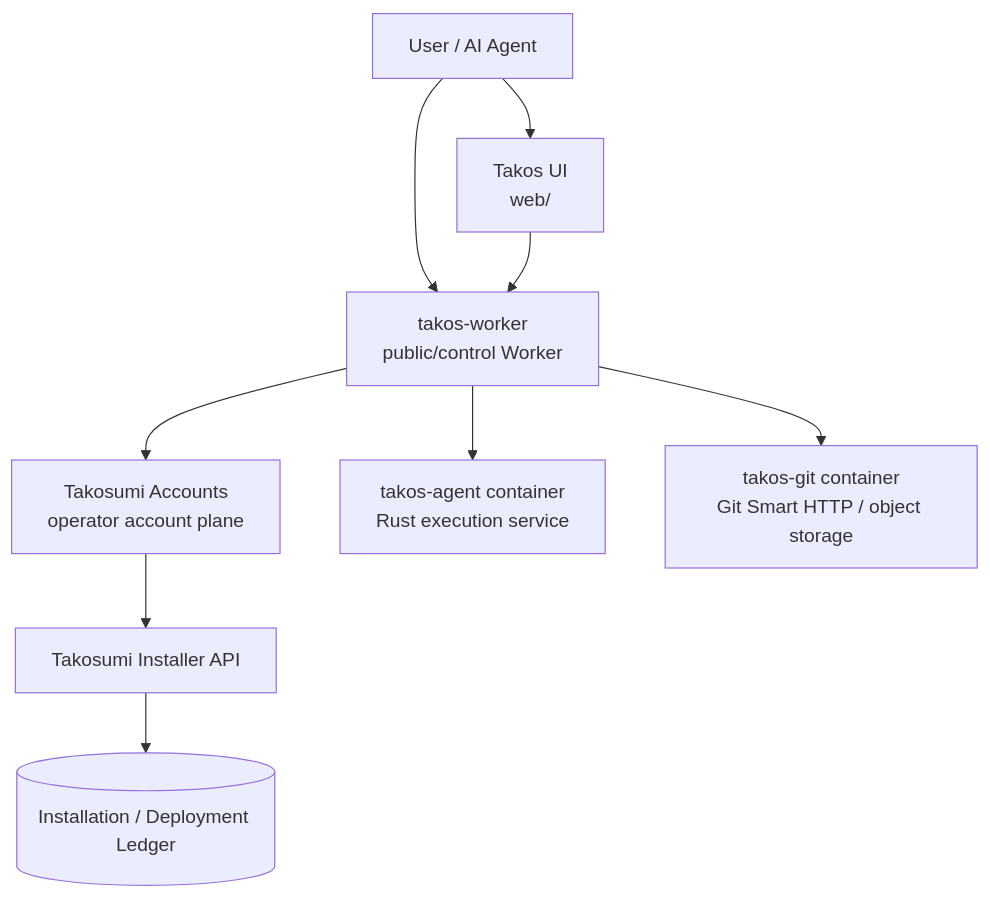
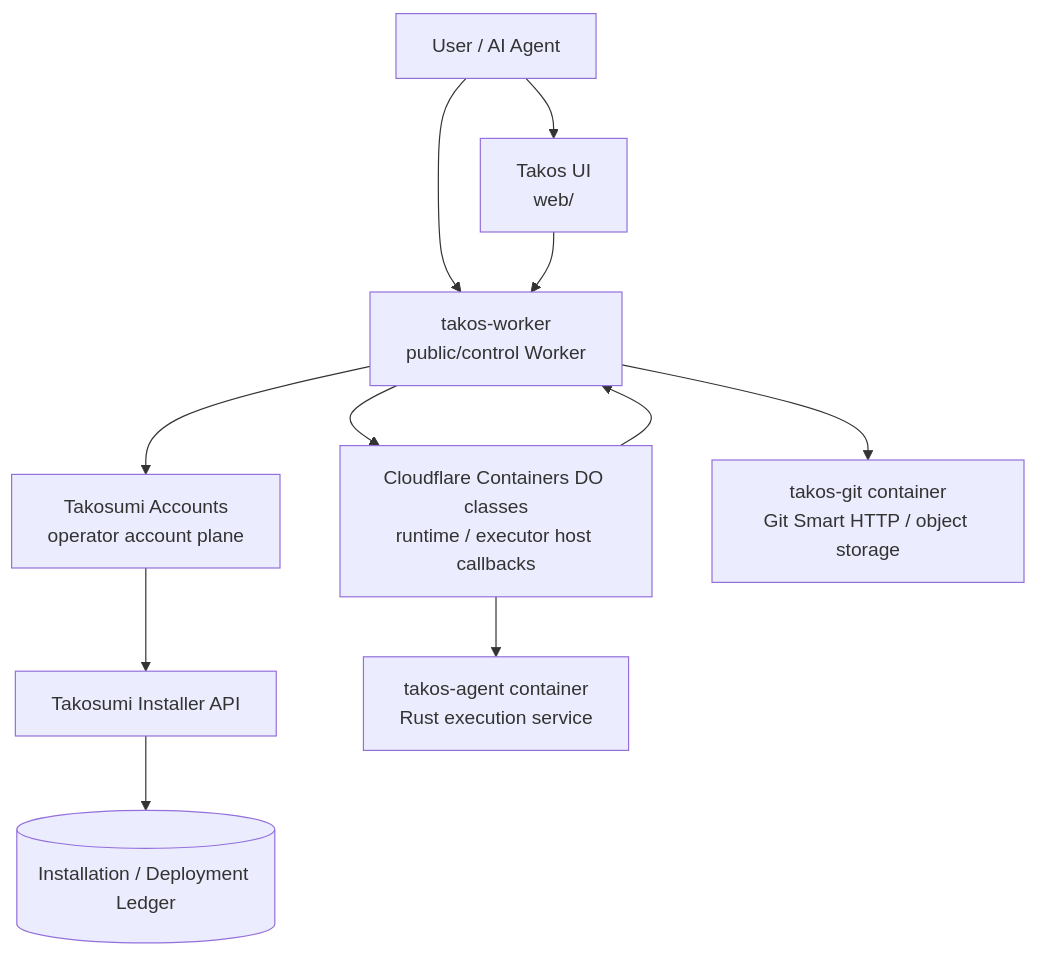
One commit to tako0614/takos changed the first of 5 diagrams in docs/architecture/diagrams.md. Above: the diagram before and after it, drawn with Mermaid. The commit also changed other lines of this file and 11 other files, not shown here.

````diff
--- a/docs/architecture/diagrams.md
+++ b/docs/architecture/diagrams.md
@@ -22,20 +22,23 @@
 ```mermaid
 graph TB
   User[User / AI Agent]
   AppGateway[takos-worker<br/>public/control Worker]
   Web[Takos UI<br/>web/]
   Accounts[Takosumi Accounts<br/>operator account plane]
   Kernel[Takosumi Installer API]
   Storage[(Installation / Deployment Ledger)]
+  ContainerHosts[Cloudflare Containers DO classes<br/>runtime / executor host callbacks]
   Agent[takos-agent container<br/>Rust execution service]
   Git[takos-git container<br/>Git Smart HTTP / object storage]
 
   User --> Web
   User --> AppGateway
   Web --> AppGateway
   AppGateway --> Accounts
-  AppGateway --> Agent
+  AppGateway --> ContainerHosts
+  ContainerHosts --> AppGateway
+  ContainerHosts --> Agent
   AppGateway --> Git
   Accounts --> Kernel
   Kernel --> Storage
 ```
````
